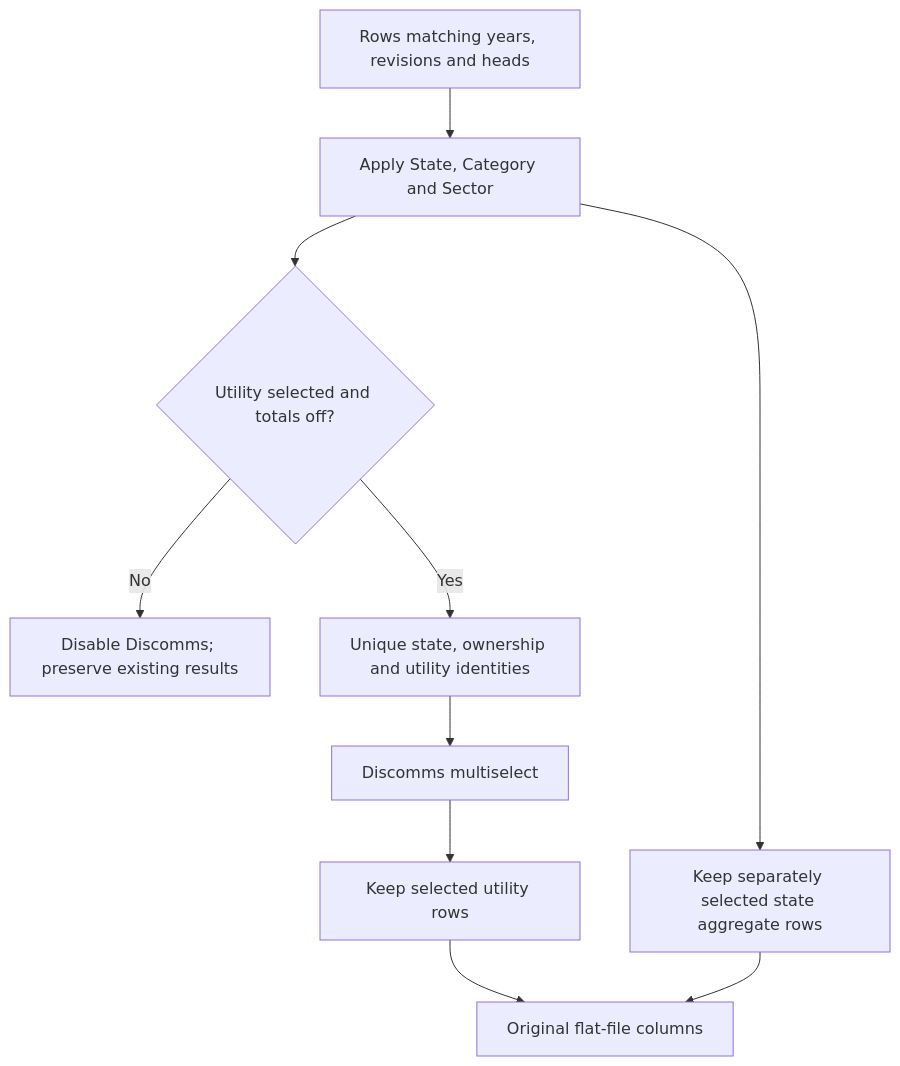
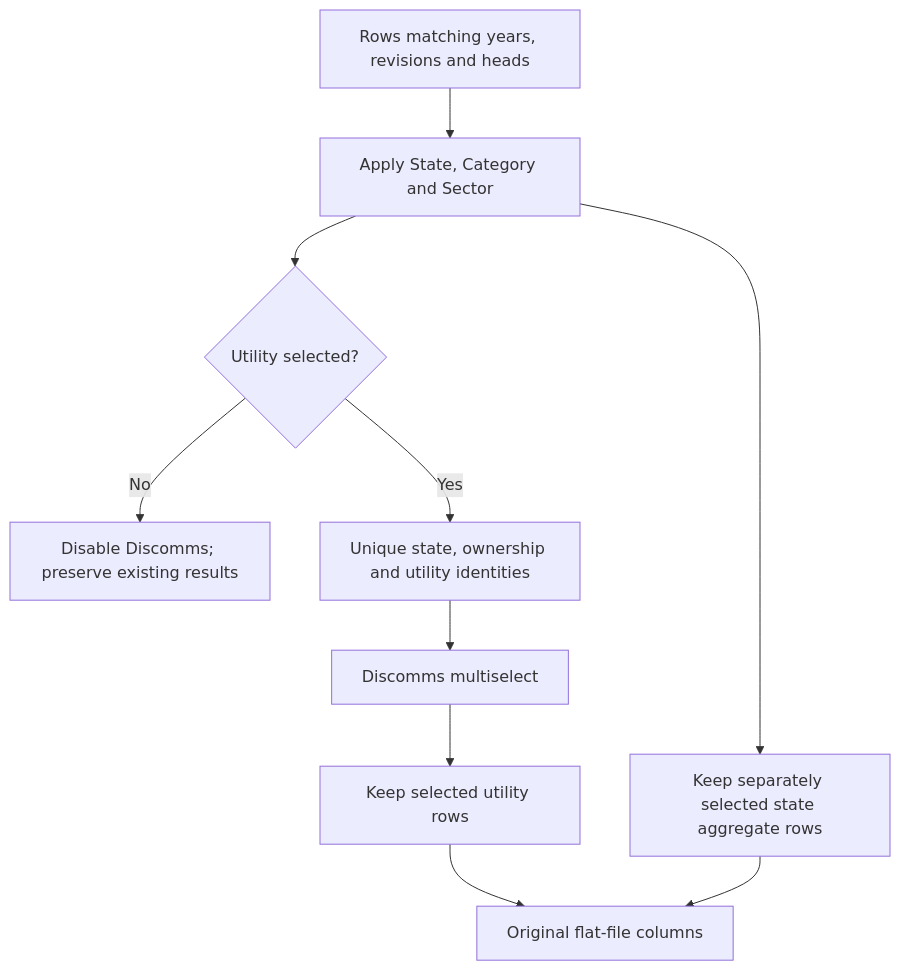
One commit to Ribhu-bhardwaj/Open-PFC changed the second of 3 diagrams in dashboard/decision.md. Above: the diagram before and after it, drawn with Mermaid. The commit also changed other lines of this file and 4 other files, not shown here.

````diff
--- a/dashboard/decision.md
+++ b/dashboard/decision.md
@@ -131,12 +131,12 @@
 ```mermaid
 flowchart TD
     A[Rows matching years, revisions and heads] --> B[Apply State, Category and Sector]
-    B --> C{Utility selected and totals off?}
+    B --> C{Utility selected?}
     C -->|No| D[Disable Discomms; preserve existing results]
     C -->|Yes| E[Unique state, ownership and utility identities]
     E --> F[Discomms multiselect]
     F --> G[Keep selected utility rows]
     B --> H[Keep separately selected state aggregate rows]
     G --> I[Original flat-file columns]
     H --> I
 ```
````
